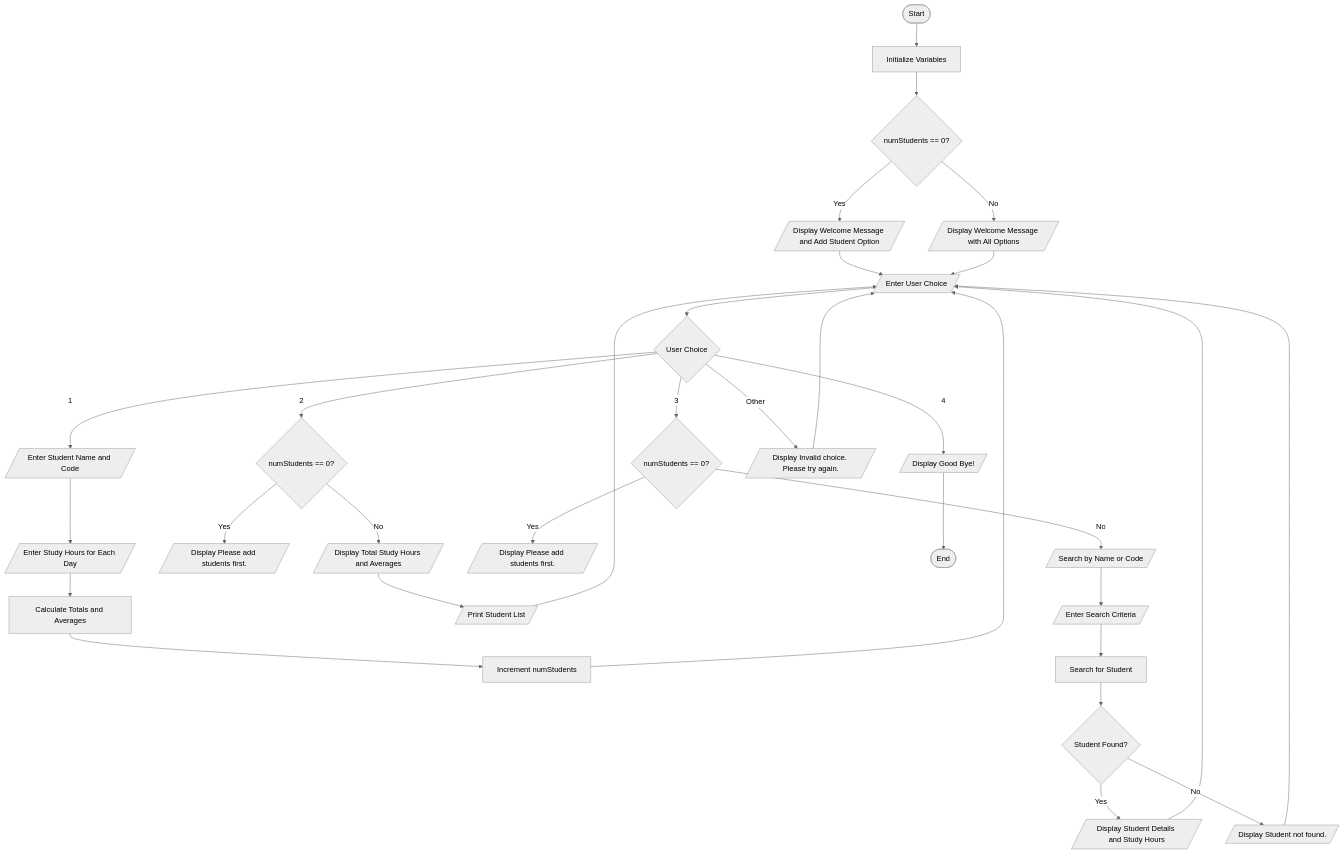
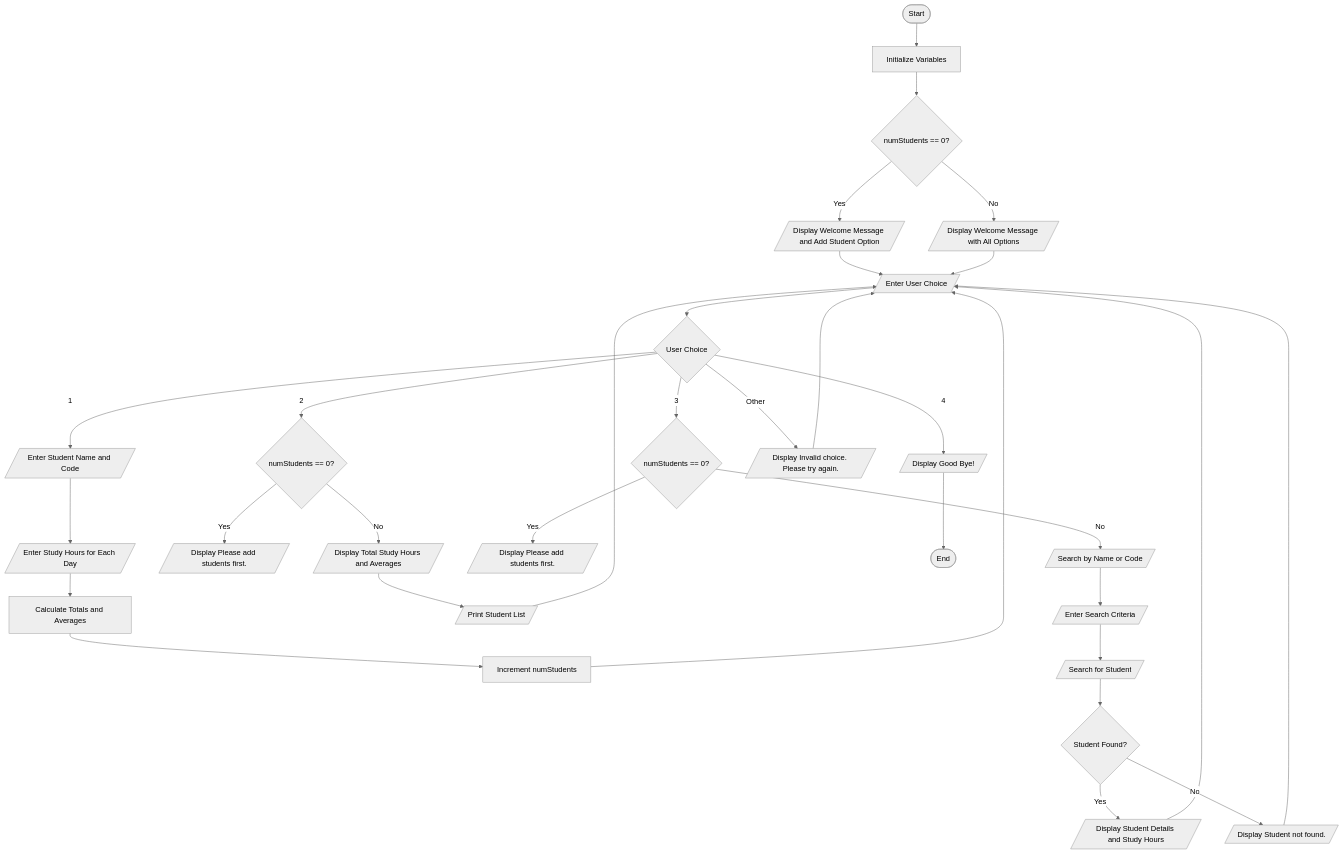
Before and after one commit to labba1/Academic-Analyzer-project: the diagram in C++ Flowchart .md, drawn with Mermaid (neutral theme).

Commit message:
Update C++ Flowchart .md

````diff
--- a/C++ Flowchart .md
+++ b/C++ Flowchart .md
@@ -51,41 +51,41 @@
 ```mermaid
 flowchart TB
     A([Start]) --> B[Initialize Variables]
     B --> C{numStudents == 0?}
     C -->|Yes| D[/Display Welcome Message and Add Student Option/]
     C -->|No| E[/Display Welcome Message with All Options/]
     
     D --> F[/Enter User Choice/]
     E --> F
     
     F --> G{User Choice}
     
     G -->|1| H[/Enter Student Name and Code/]
     H --> I[/Enter Study Hours for Each Day/]
     I --> J[Calculate Totals and Averages]
     J --> K[Increment numStudents]
     K --> F
     
     G -->|2| L{numStudents == 0?}
     L -->|Yes| M[/Display Please add students first./]
     L -->|No| N[/Display Total Study Hours and Averages/]
     N --> O[/Print Student List/]
     O --> F
     
     G -->|3| P{numStudents == 0?}
     P -->|Yes| Q[/Display Please add students first./]
     P -->|No| R[/Search by Name or Code/]
     R --> S[/Enter Search Criteria/]
-    S --> T[Search for Student]
+    S --> T[/Search for Student/]
     T --> U{Student Found?}
     U -->|Yes| V[/Display Student Details and Study Hours/]
     U -->|No| W[/Display Student not found./]
     V --> F
     W --> F
     
     G -->|4| X[/Display Good Bye!/]
     X --> Y([End])
     
     G -->|Other| Z[/Display Invalid choice. Please try again./]
     Z --> F
 ```
````
